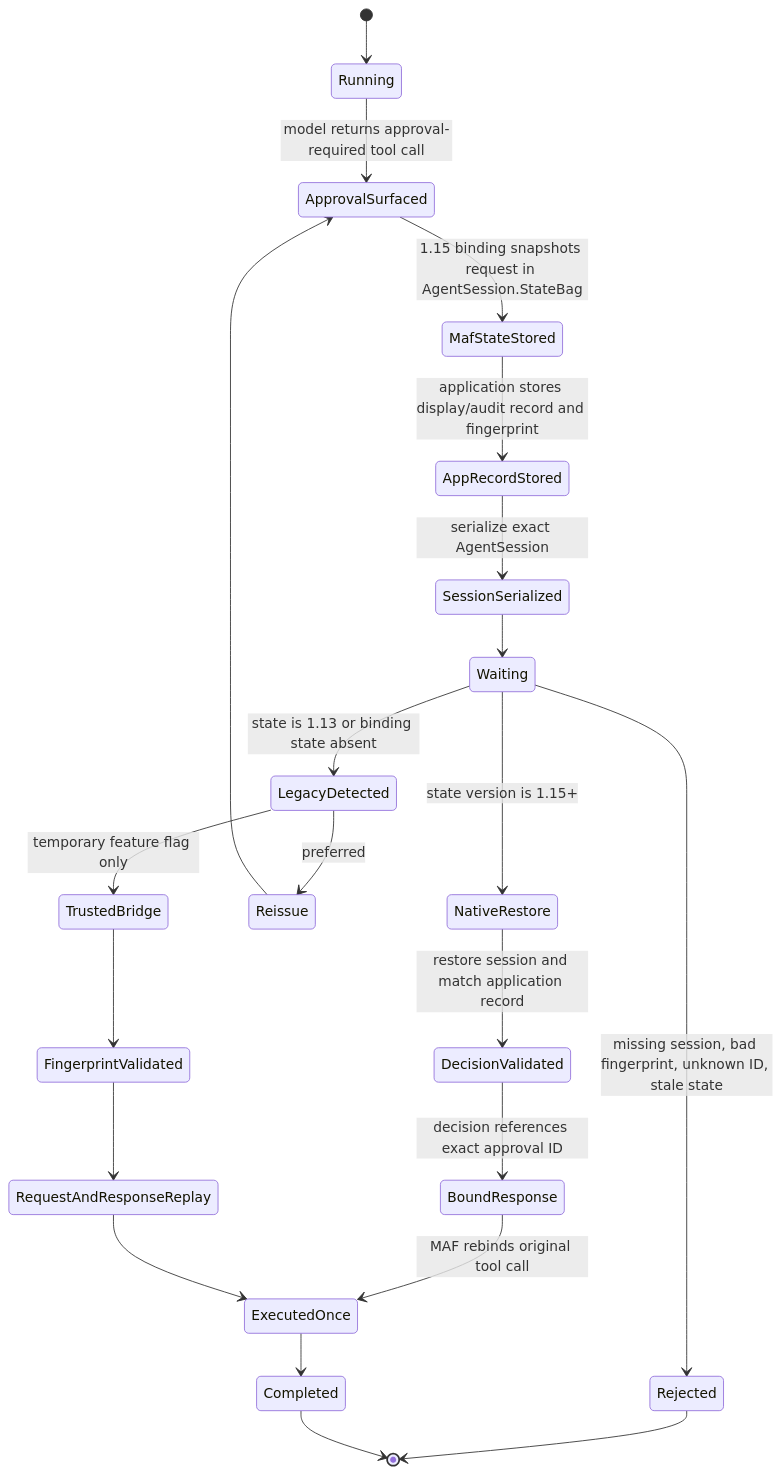
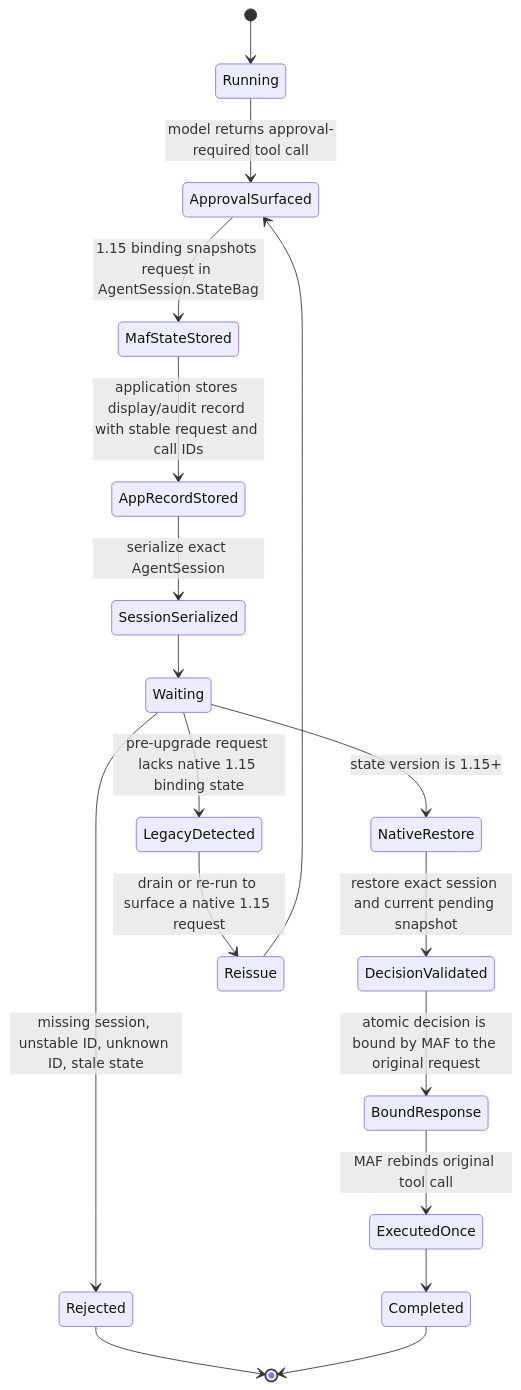
One commit to fyziktom/CanDoItAll changed the diagram in codex/bundles/maf-1-15-upgrade-architecture/architecture/03-approval-state-lifecycle.md. Above: the diagram before and after it, drawn with Mermaid. The commit also changed other lines of this file and 145 other files, not shown here.

Commit message:
feat(maf): upgrade Microsoft Agent Framework to 1.15

````diff
--- a/codex/bundles/maf-1-15-upgrade-architecture/architecture/03-approval-state-lifecycle.md
+++ b/codex/bundles/maf-1-15-upgrade-architecture/architecture/03-approval-state-lifecycle.md
@@ -3,28 +3,23 @@
 ```mermaid
 stateDiagram-v2
     [*] --> Running
     Running --> ApprovalSurfaced: model returns approval-required tool call
     ApprovalSurfaced --> MafStateStored: 1.15 binding snapshots request in AgentSession.StateBag
-    MafStateStored --> AppRecordStored: application stores display/audit record and fingerprint
+    MafStateStored --> AppRecordStored: application stores display/audit record with stable request and call IDs
     AppRecordStored --> SessionSerialized: serialize exact AgentSession
     SessionSerialized --> Waiting
 
     Waiting --> NativeRestore: state version is 1.15+
-    NativeRestore --> DecisionValidated: restore session and match application record
-    DecisionValidated --> BoundResponse: decision references exact approval ID
+    NativeRestore --> DecisionValidated: restore exact session and current pending snapshot
+    DecisionValidated --> BoundResponse: atomic decision is bound by MAF to the original request
     BoundResponse --> ExecutedOnce: MAF rebinds original tool call
     ExecutedOnce --> Completed
 
-    Waiting --> LegacyDetected: state is 1.13 or binding state absent
-    LegacyDetected --> Reissue: preferred
+    Waiting --> LegacyDetected: pre-upgrade request lacks native 1.15 binding state
+    LegacyDetected --> Reissue: drain or re-run to surface a native 1.15 request
     Reissue --> ApprovalSurfaced
 
-    LegacyDetected --> TrustedBridge: temporary feature flag only
-    TrustedBridge --> FingerprintValidated
-    FingerprintValidated --> RequestAndResponseReplay
-    RequestAndResponseReplay --> ExecutedOnce
-
-    Waiting --> Rejected: missing session, bad fingerprint, unknown ID, stale state
+    Waiting --> Rejected: missing session, unstable ID, unknown ID, stale state
     Rejected --> [*]
     Completed --> [*]
 ```
````
